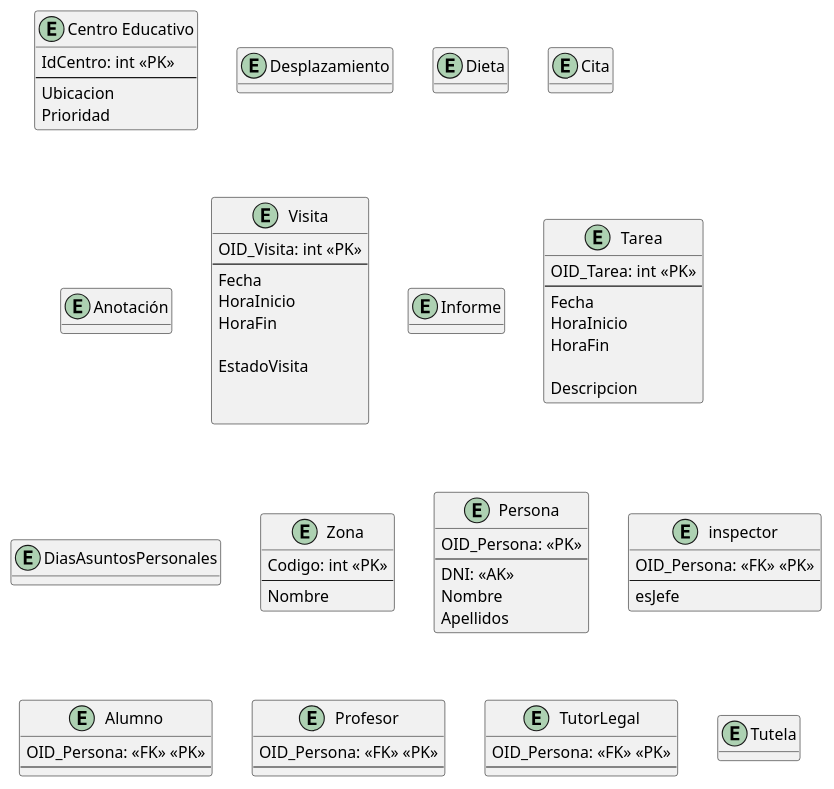
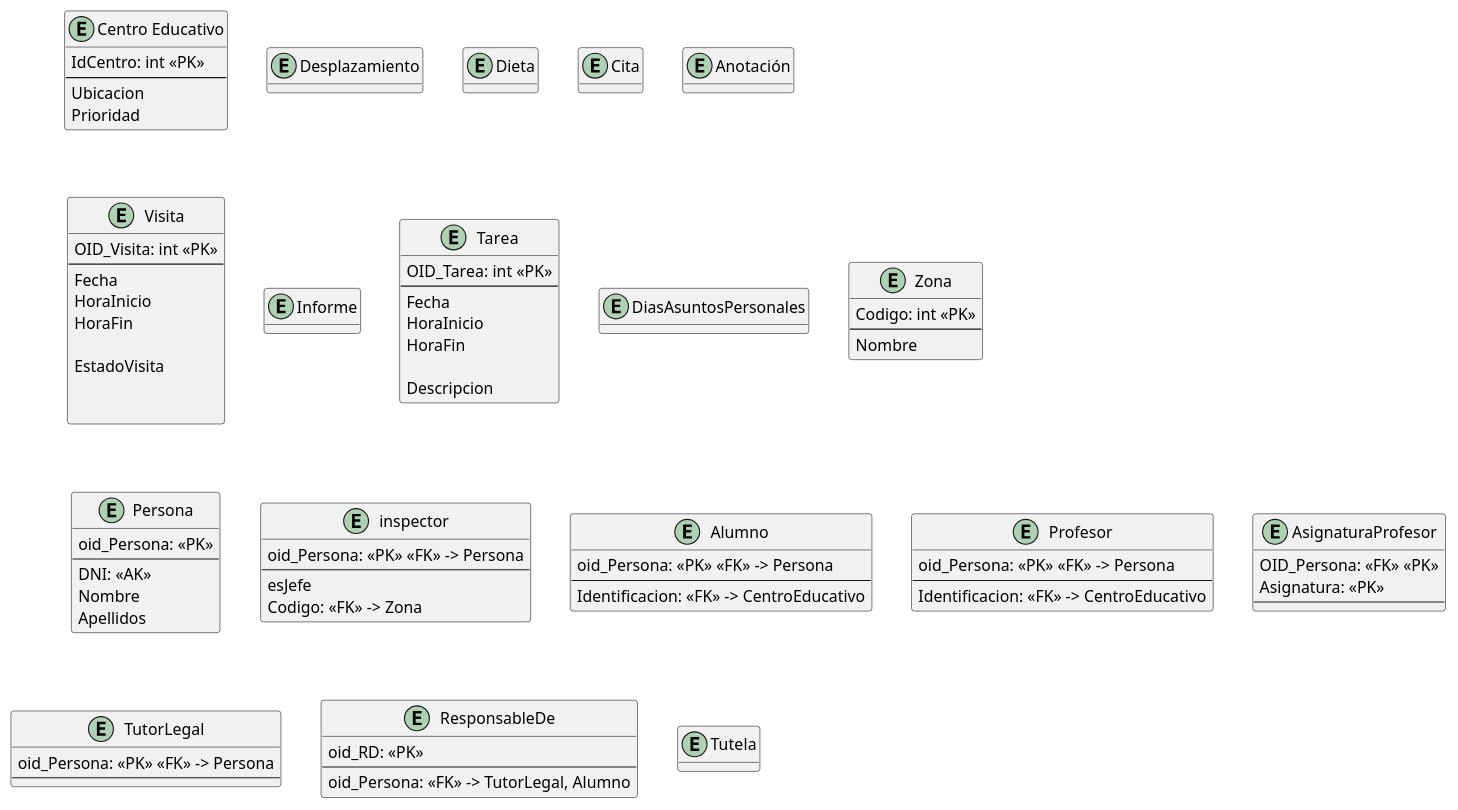
One commit to javiporti/ProyectoBD_Inspeccion_Educativa changed the diagram in modelado/modelado_relacional.puml. Above: the diagram before and after it, drawn with PlantUML.

Commit message:
Añade claves en bloque personas

```diff
--- a/modelado/modelado_relacional.puml
+++ b/modelado/modelado_relacional.puml
@@ -1,99 +1,115 @@
 @startuml modelado_conceptual
 hide methods
 skinparam ClassAttributeIconSize 0
 
 
 entity "Centro Educativo" as CentroEducativo {
     IdCentro: int <<PK>>
     --
     Ubicacion
     Prioridad
 }
 
 entity Desplazamiento {
 
 }
 
 entity Dieta {
 
 }
 
 entity Cita {
 
 }
 
 entity Anotación {
 
 }
 
 
 
 entity Visita {
     OID_Visita: int <<PK>>
     --
     Fecha
     HoraInicio
     HoraFin
 
     EstadoVisita
 
 
 }
 
 entity Informe {
 
 }
 
 entity Tarea {
     OID_Tarea: int <<PK>>
     --
     Fecha
     HoraInicio
     HoraFin
 
     Descripcion
 }
 
 entity DiasAsuntosPersonales {
 
 }
 
 entity Zona {
     Codigo: int <<PK>>
     --
     Nombre
 }
 
 entity Persona {
-    OID_Persona: <<PK>>
+    oid_Persona: <<PK>>
     --
     DNI: <<AK>>
     Nombre
     Apellidos
 }
 
 entity inspector {
-    OID_Persona: <<FK>> <<PK>>
+    oid_Persona: <<PK>> <<FK>> -> Persona
     --
     esJefe
+    Codigo: <<FK>> -> Zona
 }
+
 entity Alumno {
-    OID_Persona: <<FK>> <<PK>>
+    oid_Persona: <<PK>> <<FK>> -> Persona
     --
+    Identificacion: <<FK>> -> CentroEducativo
 }
 
 entity Profesor {
+    oid_Persona: <<PK>> <<FK>> -> Persona
+    --
+    Identificacion: <<FK>> -> CentroEducativo
+}
+
+entity AsignaturaProfesor {
     OID_Persona: <<FK>> <<PK>>
+    Asignatura: <<PK>>
     --
 }
 
 entity TutorLegal {
-    OID_Persona: <<FK>> <<PK>>
+    oid_Persona: <<PK>> <<FK>> -> Persona
     --
+}
+
+entity ResponsableDe {
+    oid_RD: <<PK>>
+    --
+    oid_Persona: <<FK>> -> TutorLegal, Alumno
 }
 
 entity Tutela {
 
 }
 
 @enduml
```
